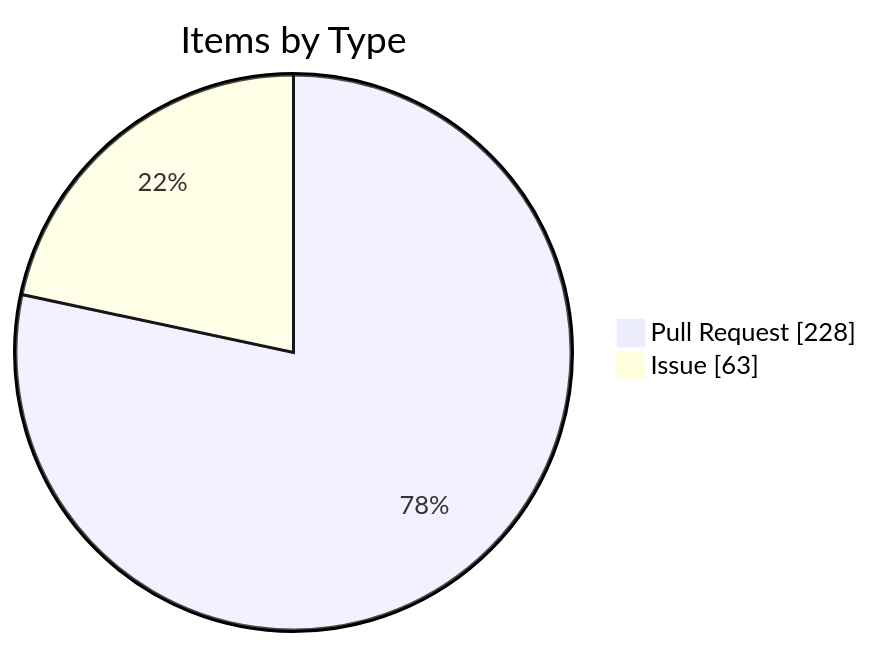
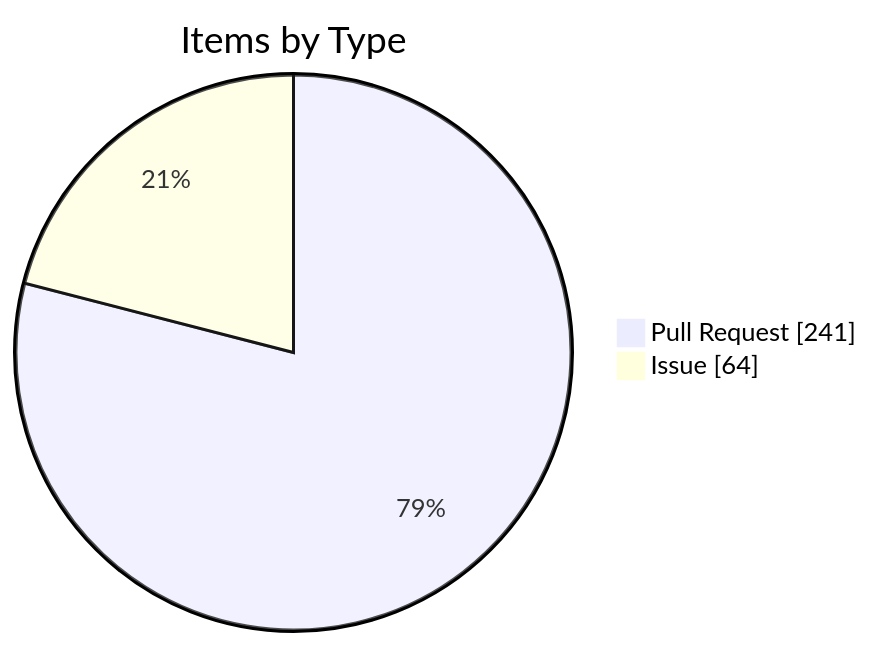
The fourth of 4 diagrams in apps/kbve/astro-kbve/src/content/docs/dashboard/kanban-data.mdx (KBVE/kbve), drawn with Mermaid before and after one commit. The commit also changed other lines of this file and 8 other files, not shown here.

````diff
--- a/apps/kbve/astro-kbve/src/content/docs/dashboard/kanban-data.mdx
+++ b/apps/kbve/astro-kbve/src/content/docs/dashboard/kanban-data.mdx
@@ -115,6 +115,6 @@
 ```mermaid
 pie showData
     title Items by Type
-    "Pull Request" : 228
-    "Issue" : 63
+    "Pull Request" : 241
+    "Issue" : 64
 ```
````
